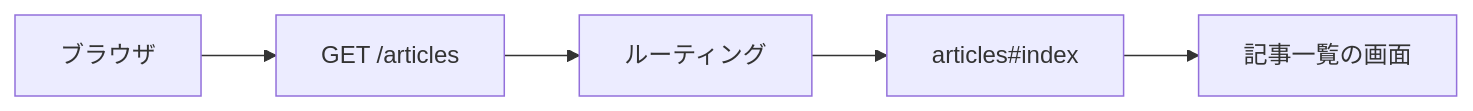
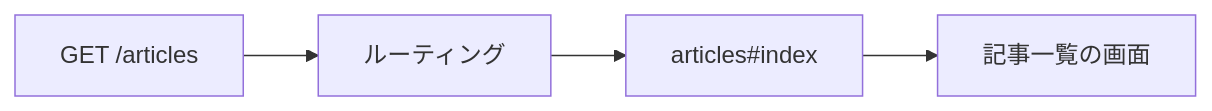
Before and after one commit to TORIFUKUKaiou/rails-dojo-year1-content: the third of 4 diagrams in 10/orientation.md, drawn with Mermaid. The commit also changed other lines of this file, not shown here.

Commit message:
Refine content and diagrams in week 10 orientation material

````diff
--- a/10/orientation.md
+++ b/10/orientation.md
@@ -330,7 +323,11 @@
 ```mermaid
 flowchart LR
-  A["ブラウザ"] --> B["GET /articles"]
-  B --> C["ルーティング"]
-  C --> D["articles#index"]
-  D --> E["記事一覧の画面"]
+  Request["GET /articles"]
+  Routing["ルーティング"]
+  Action["articles#index"]
+  View["記事一覧の画面"]
+
+  Request --> Routing
+  Routing --> Action
+  Action --> View
 ```
````
